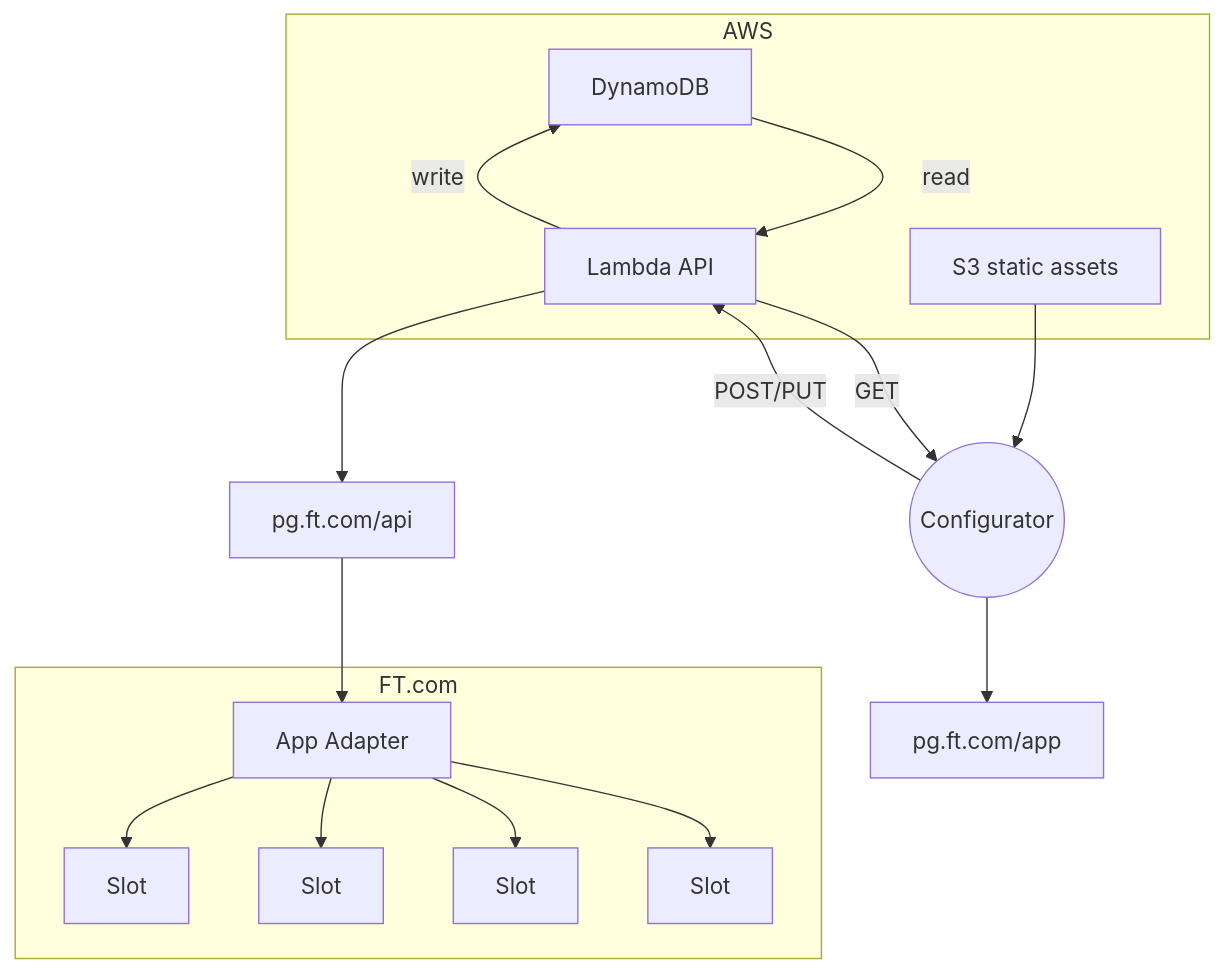
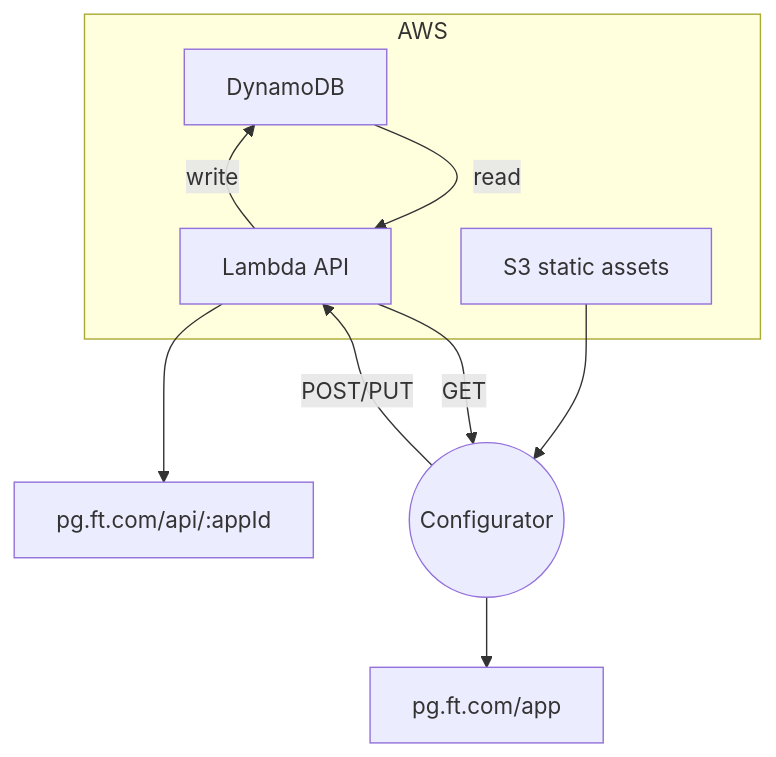
Before and after one commit to oliverturner/pg-configurator: the diagram in README.md, drawn with Mermaid.

````diff
--- a/README.md
+++ b/README.md
@@ -14,34 +14,18 @@
 ```mermaid
 graph TD
   subgraph AWS
     aws.db[DynamoDB]
     aws.s3[S3 static assets]
     aws.api[Lambda API]
   end
 
-  app((Configurator))
+  fastlyApp[pg.ft.com/app]
 
-  f.app[pg.ft.com/app]
+  fastlyApi[pg.ft.com/api/:appId]
 
-  f.api[pg.ft.com/api]
+  aws.s3 --> app --> fastlyApp
 
-  aws.s3 --> app --> f.app
+  aws.api --> fastlyApi
 
-  app
-    -- POST/PUT --> aws.api
-    -- write    --> aws.db
-    -- read     --> aws.api
-    -- GET      --> app
-
-  aws.api --> f.api --> E
-
-  subgraph FT.com
-    E[App Adapter]
-    F1[Slot]
-    F2[Slot]
-    F3[Slot]
-    F4[Slot]
-
-    E --> F1 & F2 & F3 & F4
-  end
+  app((Configurator)) -- POST/PUT --> aws.api -- write --> aws.db -- read --> aws.api -- GET --> app
 ```
````
